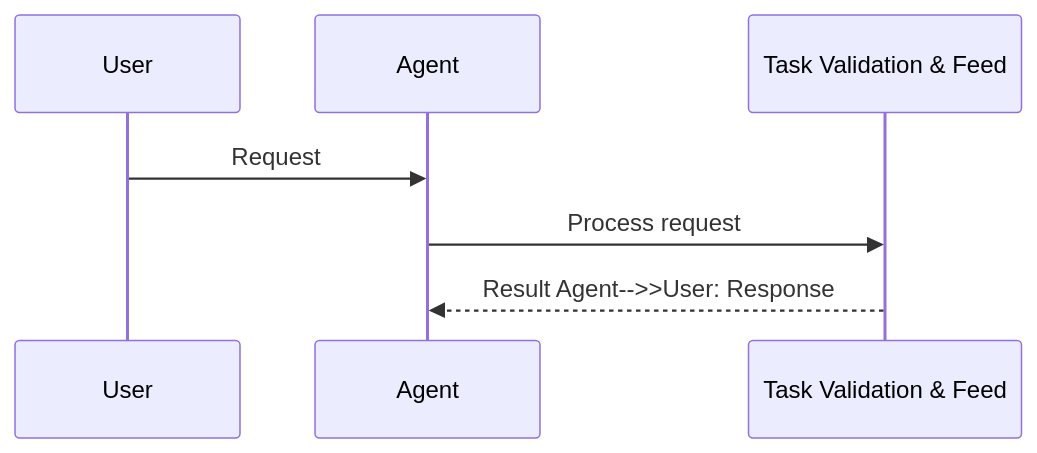
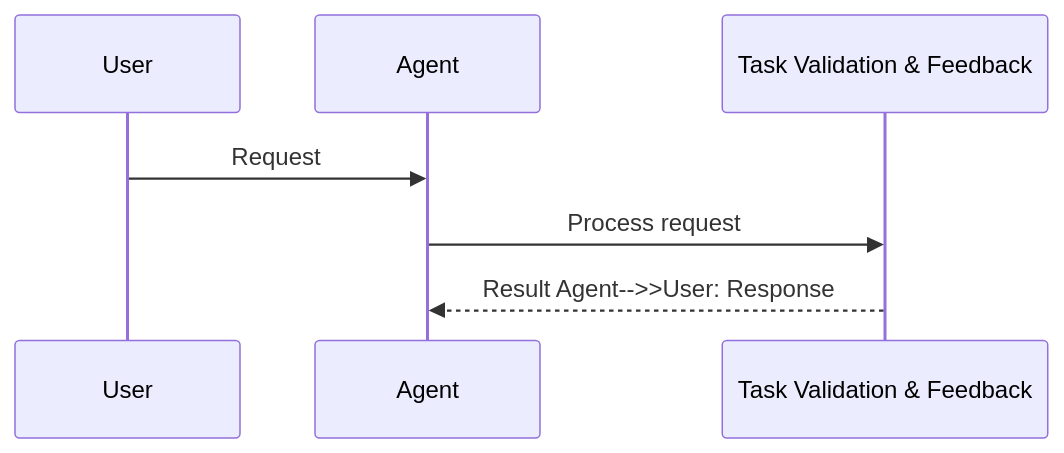
One commit to MervinPraison/PraisonAIDocs changed the second of 2 diagrams in docs/features/task-validation-feedback.mdx. Above: the diagram before and after it, drawn with Mermaid. The commit also changed 45 other files, not shown here.

First line of the commit message:
docs: fix truncated Mermaid diagram feature names (22-char cutoff)

````diff
--- a/docs/features/task-validation-feedback.mdx
+++ b/docs/features/task-validation-feedback.mdx
@@ -61,10 +61,10 @@
 ```mermaid
 sequenceDiagram
     participant User
     participant Agent
-    participant Feature as Task Validation & Feed
+    participant Feature as Task Validation & Feedback
 
     User->>Agent: Request
     Agent->>Feature: Process request
     Feature-->>Agent: Result    Agent-->>User: Response
 ```
````
